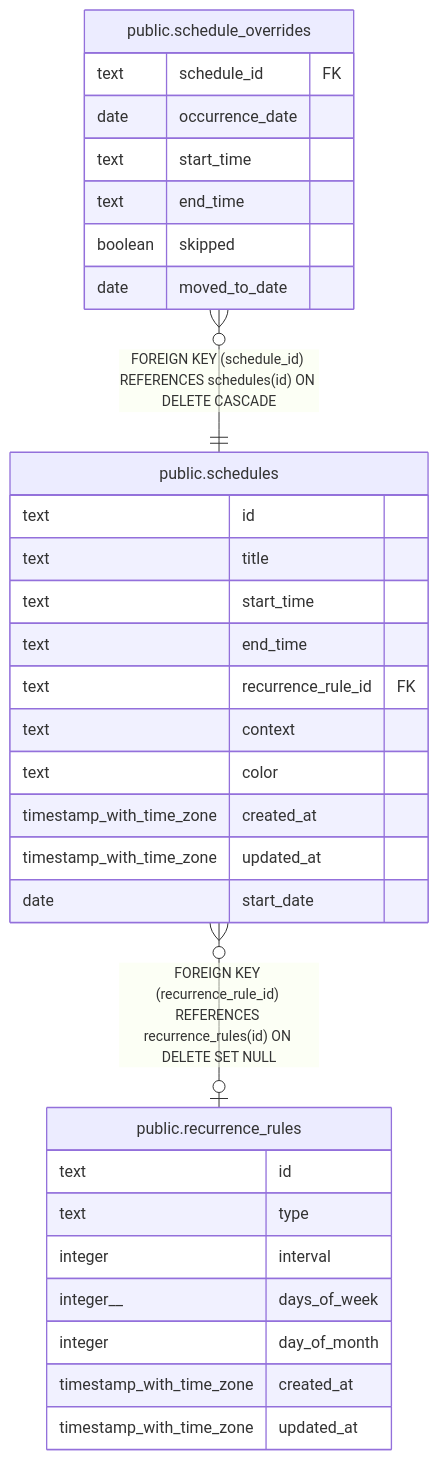
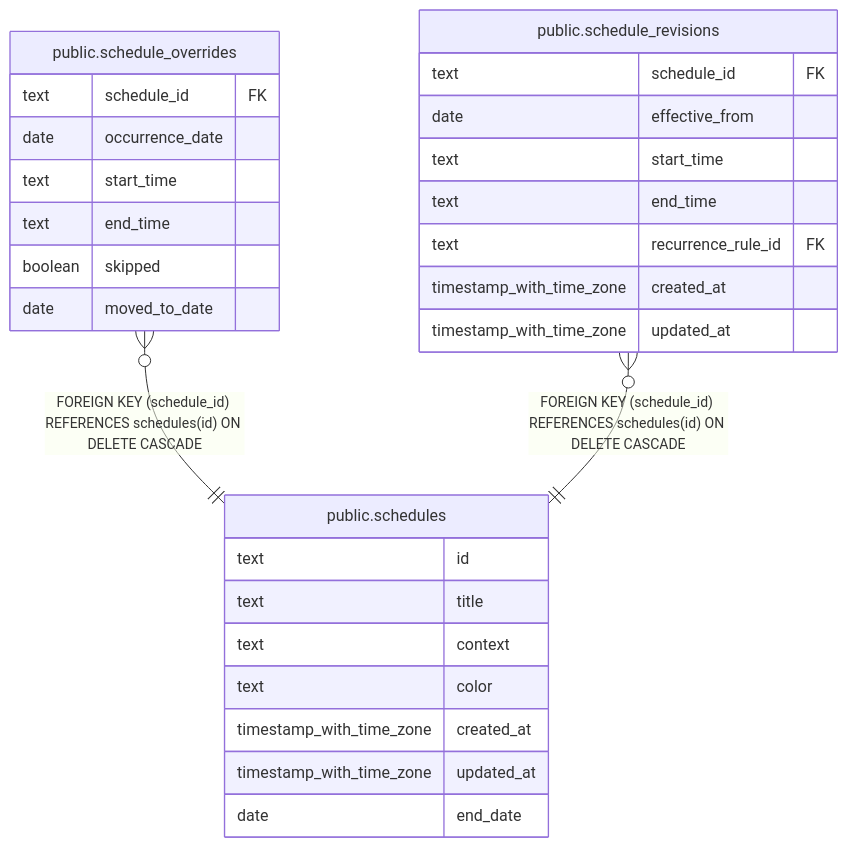
Before and after one commit to fohte/tq: the diagram in api/docs/db/public.schedules.md, drawn with Mermaid. The commit also changed other lines of this file and 28 other files, not shown here.

Commit message:
schedule: revise or end recurring schedules (#985)

````diff
--- a/api/docs/db/public.schedules.md
+++ b/api/docs/db/public.schedules.md
@@ -47,36 +39,33 @@
 ```mermaid
 erDiagram
 
 "public.schedule_overrides" }o--|| "public.schedules" : "FOREIGN KEY (schedule_id) REFERENCES schedules(id) ON DELETE CASCADE"
-"public.schedules" }o--o| "public.recurrence_rules" : "FOREIGN KEY (recurrence_rule_id) REFERENCES recurrence_rules(id) ON DELETE SET NULL"
+"public.schedule_revisions" }o--|| "public.schedules" : "FOREIGN KEY (schedule_id) REFERENCES schedules(id) ON DELETE CASCADE"
 
 "public.schedules" {
   text id
   text title
-  text start_time
-  text end_time
-  text recurrence_rule_id FK
   text context
   text color
   timestamp_with_time_zone created_at
   timestamp_with_time_zone updated_at
-  date start_date
+  date end_date
 }
 "public.schedule_overrides" {
   text schedule_id FK
   date occurrence_date
   text start_time
   text end_time
   boolean skipped
   date moved_to_date
 }
-"public.recurrence_rules" {
-  text id
-  text type
-  integer interval
-  integer__ days_of_week
-  integer day_of_month
+"public.schedule_revisions" {
+  text schedule_id FK
+  date effective_from
+  text start_time
+  text end_time
+  text recurrence_rule_id FK
   timestamp_with_time_zone created_at
   timestamp_with_time_zone updated_at
 }
 ```
````
